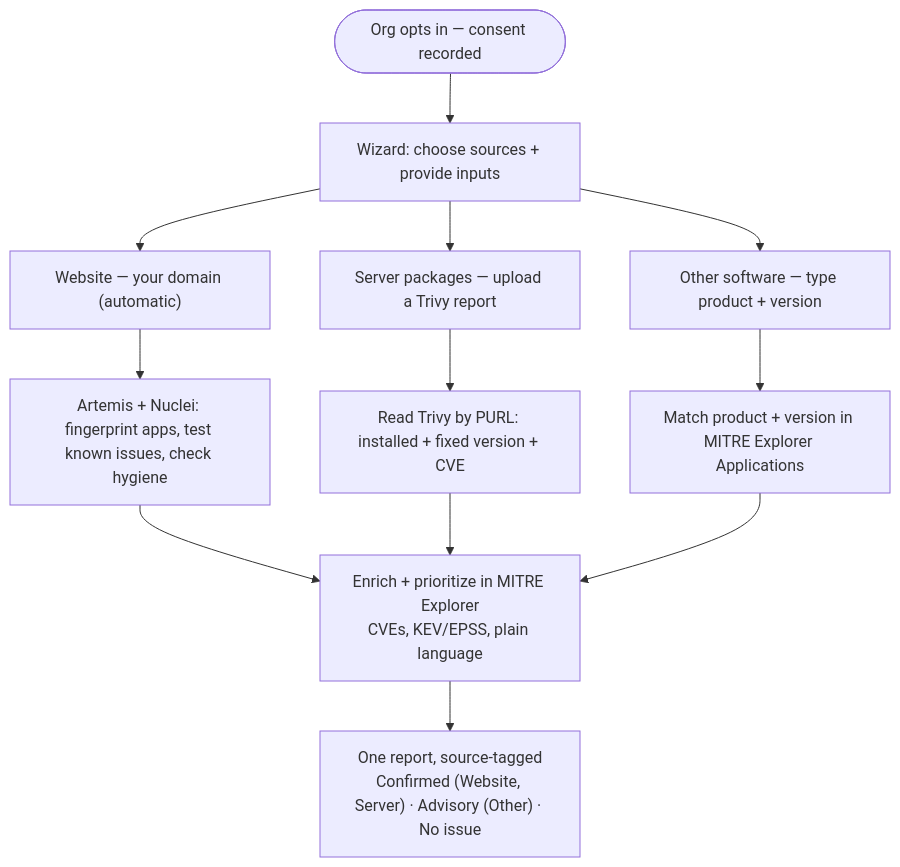
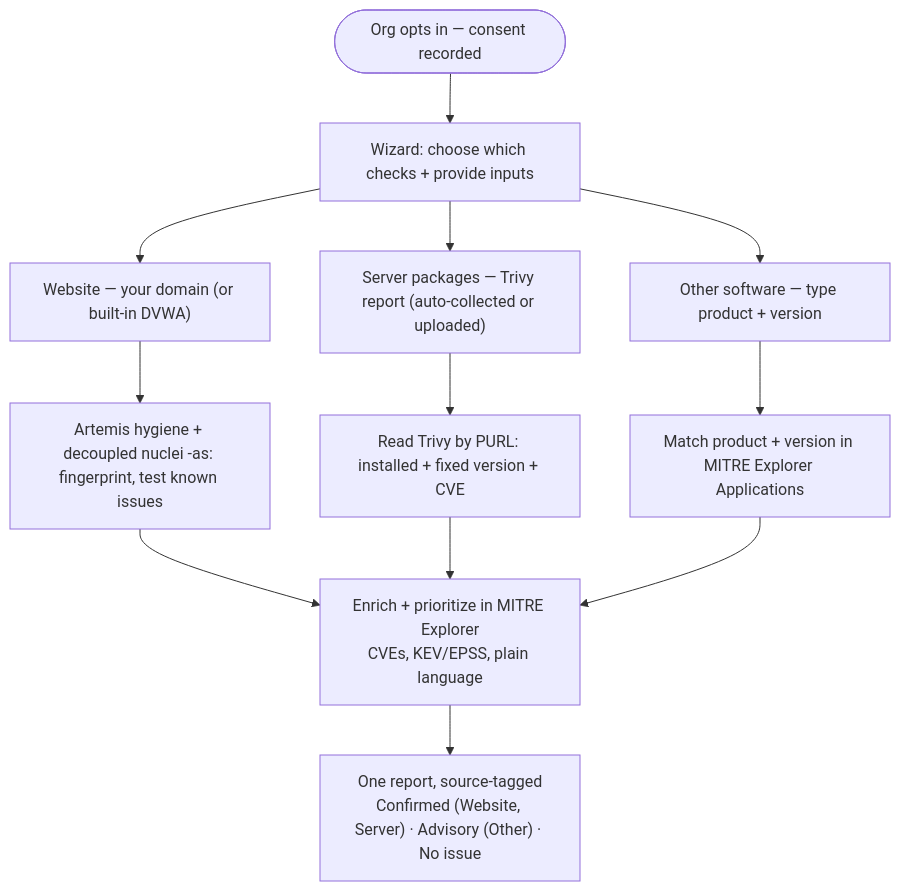
One commit to PerIPan/SafetyRoutes changed the diagram in README.md. Above: the diagram before and after it, drawn with Mermaid. The commit also changed other lines of this file, not shown here.

First line of the commit message:
docs(readme): de-stale the wizard/website/server sections

````diff
--- a/README.md
+++ b/README.md
@@ -193,14 +199,14 @@
 ```mermaid
 flowchart TD
-    A(["Org opts in — consent recorded"]) --> B["Wizard: choose sources + provide inputs"]
-    B --> W["Website — your domain (automatic)"]
-    B --> P["Server packages — upload a Trivy report"]
+    A(["Org opts in — consent recorded"]) --> B["Wizard: choose which checks + provide inputs"]
+    B --> W["Website — your domain (or built-in DVWA)"]
+    B --> P["Server packages — Trivy report (auto-collected or uploaded)"]
     B --> O["Other software — type product + version"]
-    W --> W2["Artemis + Nuclei: fingerprint apps, test known issues, check hygiene"]
+    W --> W2["Artemis hygiene + decoupled nuclei -as: fingerprint, test known issues"]
     P --> P2["Read Trivy by PURL: installed + fixed version + CVE"]
     O --> O2["Match product + version in MITRE Explorer Applications"]
     W2 --> X["Enrich + prioritize in MITRE Explorer<br/>CVEs, KEV/EPSS, plain language"]
     P2 --> X
     O2 --> X
     X --> R["One report, source-tagged<br/>Confirmed (Website, Server) · Advisory (Other) · No issue"]
 ```
````
